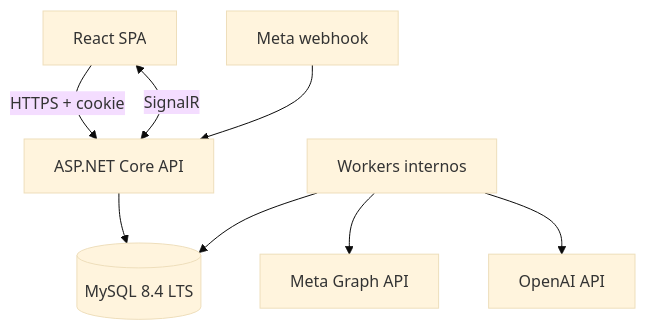
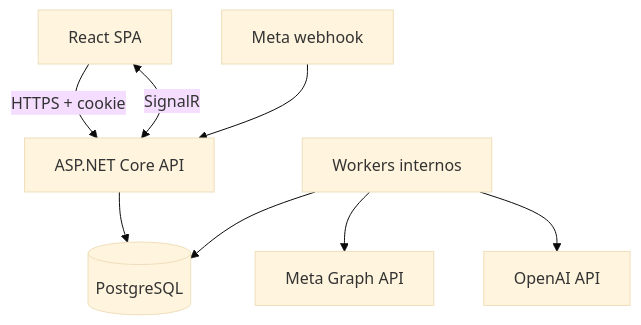
One commit to MelqueLord/WhatsAppAI changed the second of 4 diagrams in docs/architecture/architecture.md. Above: the diagram before and after it, drawn with Mermaid (base theme). The commit also changed other lines of this file and 94 other files, not shown here.

Commit message:
Atualiza persistencia PostgreSQL e configuracoes de producao

````diff
--- a/docs/architecture/architecture.md
+++ b/docs/architecture/architecture.md
@@ -18,10 +18,10 @@
 ```mermaid
 flowchart TB
   Web[React SPA] -->|HTTPS + cookie| API[ASP.NET Core API]
   Web <-->|SignalR| API
   Meta[Meta webhook] --> API
-  API --> DB[(MySQL 8.4 LTS)]
+  API --> DB[(PostgreSQL)]
   Worker[Workers internos] --> DB
   Worker --> MetaAPI[Meta Graph API]
   Worker --> AIAPI[OpenAI API]
 ```
````
